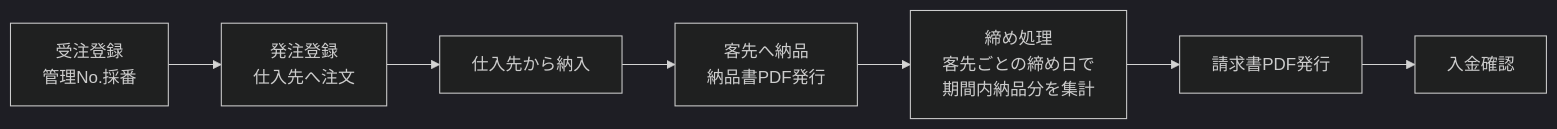
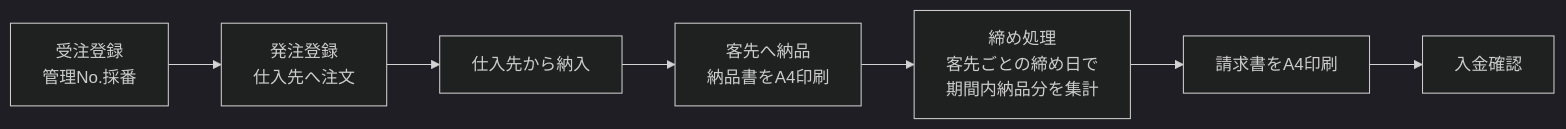
One commit to yuichi4107-lab/ClaudeCode changed the first of 3 diagrams in docs/sales_management/01_要件定義書.md. Above: the diagram before and after it, drawn with Mermaid (dark theme). The commit also changed other lines of this file and 4 other files, not shown here.

````diff
--- a/docs/sales_management/01_要件定義書.md
+++ b/docs/sales_management/01_要件定義書.md
@@ -51,9 +51,9 @@
 ```mermaid
 flowchart LR
     A[受注登録<br>管理No.採番] --> B[発注登録<br>仕入先へ注文]
     B --> C[仕入先から納入]
-    C --> D[客先へ納品<br>納品書PDF発行]
+    C --> D[客先へ納品<br>納品書をA4印刷]
     D --> E[締め処理<br>客先ごとの締め日で<br>期間内納品分を集計]
-    E --> F[請求書PDF発行]
+    E --> F[請求書をA4印刷]
     F --> G[入金確認]
 ```
````
